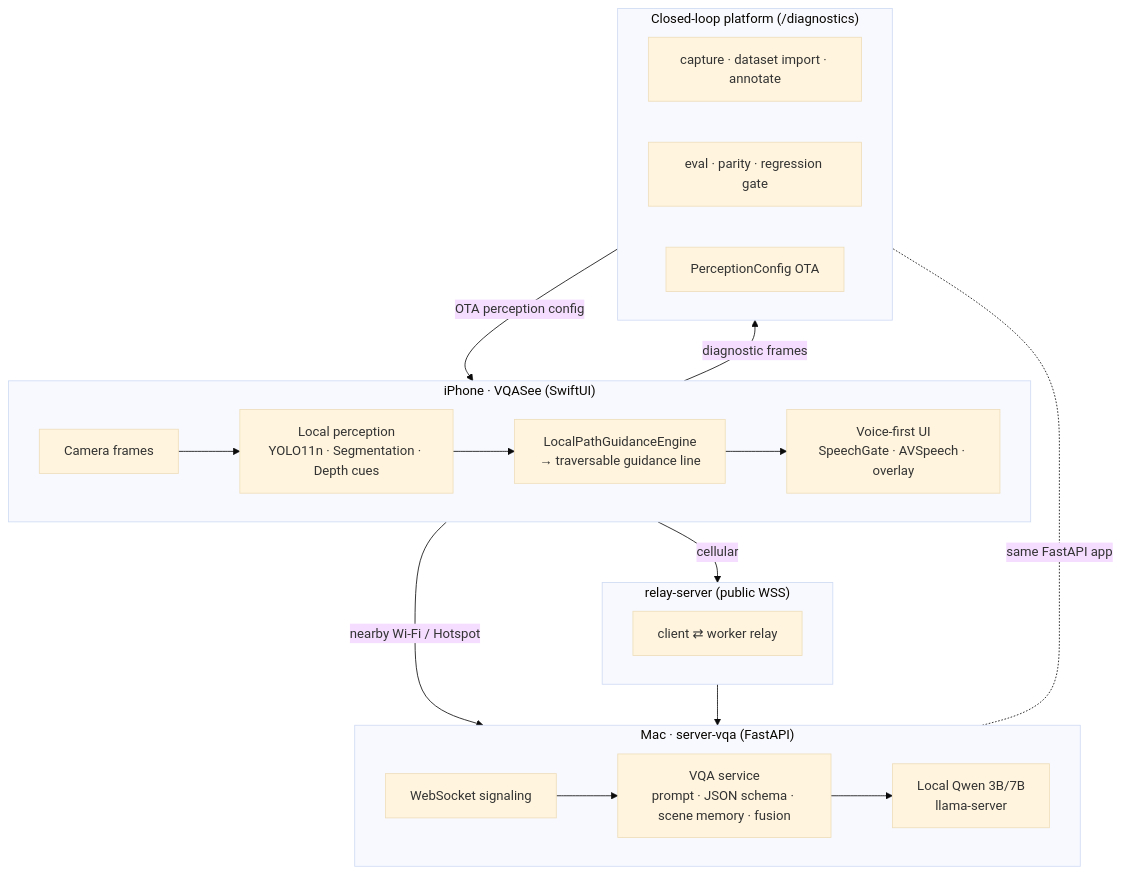
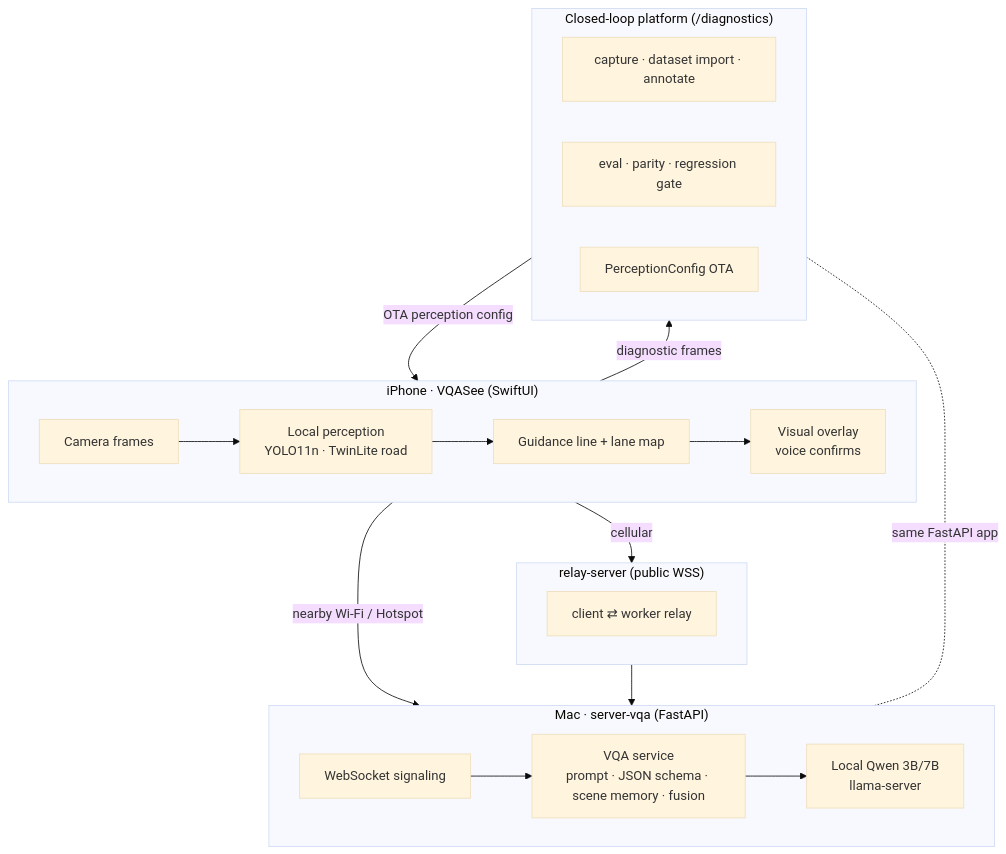
The first of 4 diagrams in README.en.md (ynshi57/onepiece), drawn with Mermaid (base theme) before and after one commit. The commit also changed other lines of this file and 60 other files, not shown here.

````diff
--- a/README.en.md
+++ b/README.en.md
@@ -58,33 +57,33 @@
 ```mermaid
 flowchart TB
   subgraph Device["iPhone · VQASee (SwiftUI)"]
     CAM["Camera frames"]
-    LP["Local perception<br/>YOLO11n · Segmentation · Depth cues"]
-    GL["LocalPathGuidanceEngine<br/>→ traversable guidance line"]
-    UI["Voice-first UI<br/>SpeechGate · AVSpeech · overlay"]
+    LP["Local perception<br/>YOLO11n · TwinLite road"]
+    GL["Guidance line + lane map"]
+    UI["Visual overlay<br/>voice confirms"]
     CAM --> LP --> GL --> UI
   end
 
   subgraph Backend["Mac · server-vqa (FastAPI)"]
     SIG["WebSocket signaling"]
     VQA["VQA service<br/>prompt · JSON schema · scene memory · fusion"]
     QWEN["Local Qwen 3B/7B<br/>llama-server"]
     SIG --> VQA --> QWEN
   end
 
   subgraph Relay["relay-server (public WSS)"]
     R["client ⇄ worker relay"]
   end
 
   subgraph Platform["Closed-loop platform (/diagnostics)"]
     CAP["capture · dataset import · annotate"]
     EVAL["eval · parity · regression gate"]
     CFG["PerceptionConfig OTA"]
   end
 
   Device -- "nearby Wi-Fi / Hotspot" --> Backend
   Device -- "cellular" --> Relay --> Backend
   Device -- "diagnostic frames" --> Platform
   Platform -- "OTA perception config" --> Device
   Backend -. "same FastAPI app" .- Platform
 ```
````
